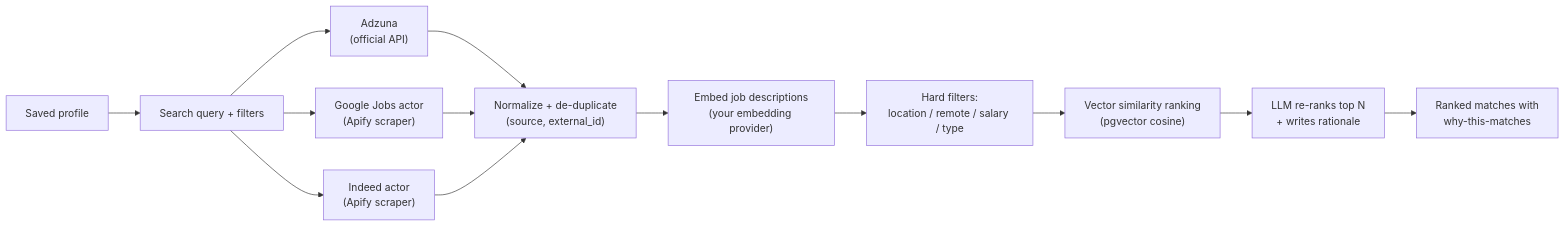
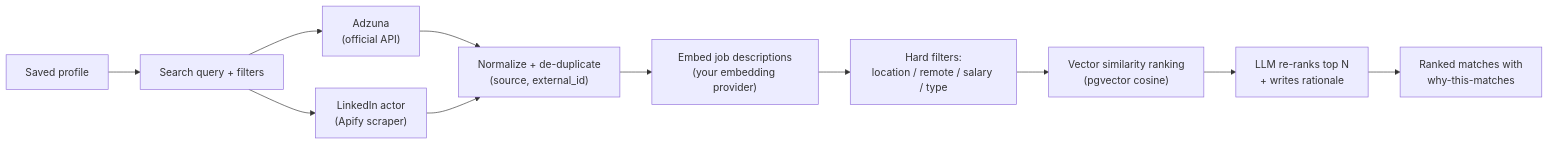
One commit to MSVhora/ai_job_assistant changed the first of 2 diagrams in docs/guide/03-job-discovery-and-matching.md. Above: the diagram before and after it, drawn with Mermaid. The commit also changed other lines of this file and 56 other files, not shown here.

Commit message:
Add Apify connector framework with LinkedIn actor, source disclosure flow, and jobs/setup UI

````diff
--- a/docs/guide/03-job-discovery-and-matching.md
+++ b/docs/guide/03-job-discovery-and-matching.md
@@ -23,15 +25,13 @@
 ```mermaid
 flowchart LR
     P["Saved profile"] --> Q["Search query + filters"]
     Q --> C1["Adzuna<br/>(official API)"]
-    Q --> C2["Google Jobs actor<br/>(Apify scraper)"]
-    Q --> C3["Indeed actor<br/>(Apify scraper)"]
+    Q --> C2["LinkedIn actor<br/>(Apify scraper)"]
     C1 --> N["Normalize + de-duplicate<br/>(source, external_id)"]
     C2 --> N
-    C3 --> N
     N --> E["Embed job descriptions<br/>(your embedding provider)"]
     E --> F["Hard filters:<br/>location / remote / salary / type"]
     F --> V["Vector similarity ranking<br/>(pgvector cosine)"]
     V --> R["LLM re-ranks top N<br/>+ writes rationale"]
     R --> M["Ranked matches with<br/>why-this-matches"]
 ```
````
